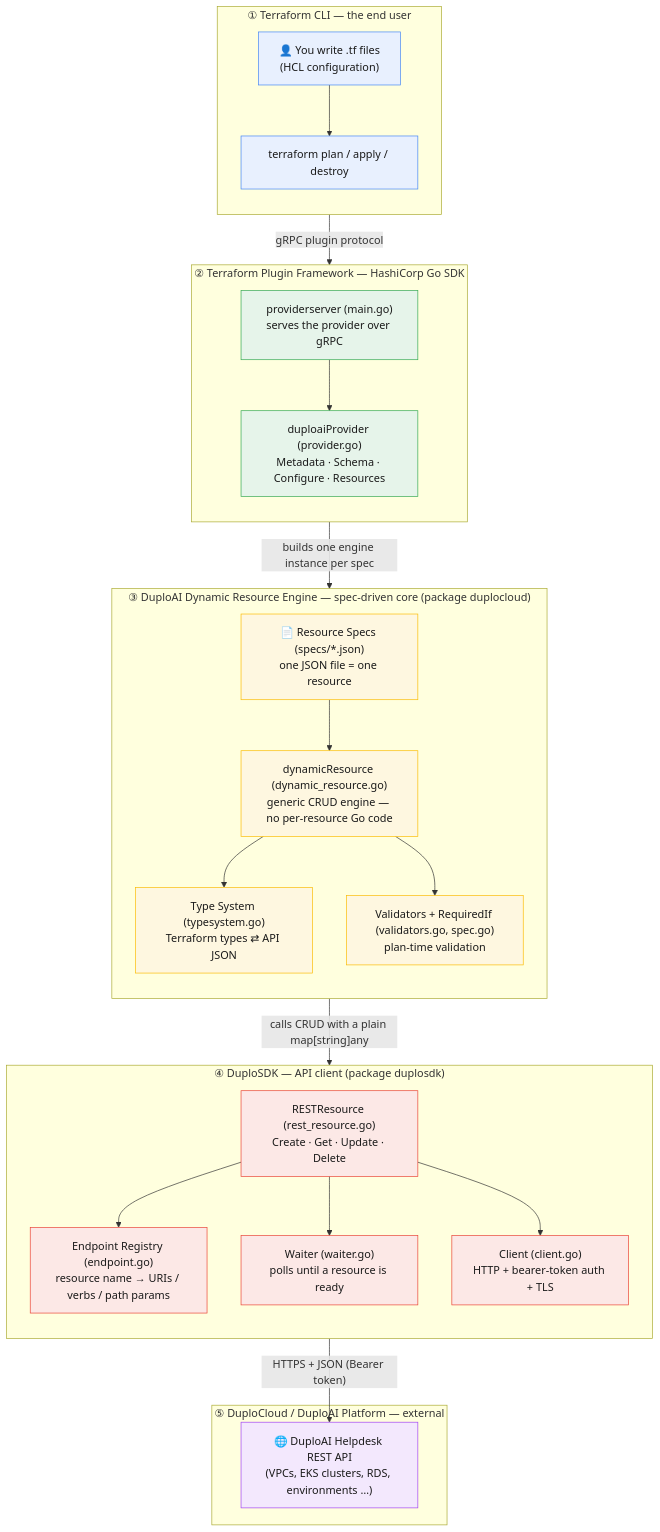
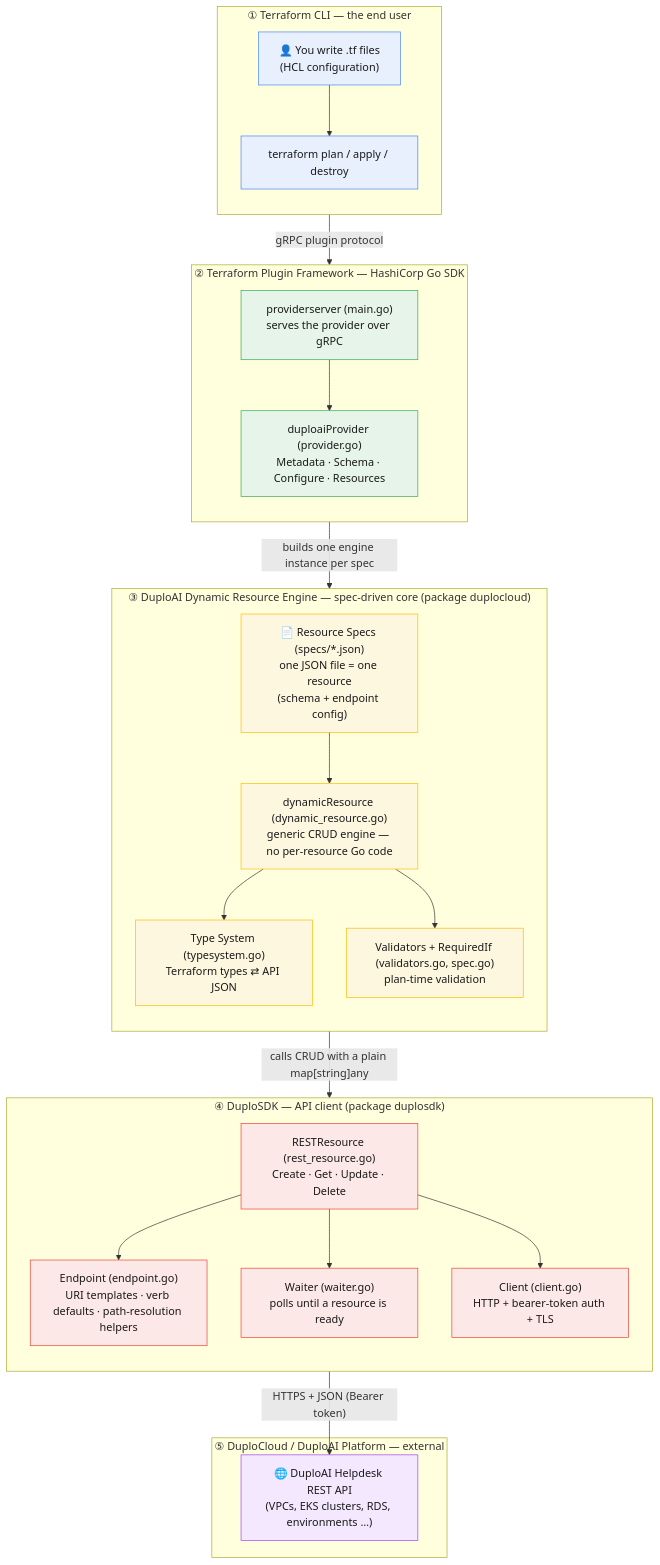
One commit to duplocloud/terraform-provider-duploai changed the first of 2 diagrams in docs-internal/architecture.md. Above: the diagram before and after it, drawn with Mermaid. The commit also changed other lines of this file and 2 other files, not shown here.

````diff
--- a/docs-internal/architecture.md
+++ b/docs-internal/architecture.md
@@ -20,59 +20,59 @@
 ```mermaid
 flowchart TD
     subgraph L1["① Terraform CLI  —  the end user"]
         direction TB
         U["👤 You write .tf files<br/>(HCL configuration)"]
         CLI["terraform plan / apply / destroy"]
         U --> CLI
     end
 
     subgraph L2["② Terraform Plugin Framework  —  HashiCorp Go SDK"]
         direction TB
         PS["providerserver (main.go)<br/>serves the provider over gRPC"]
         PROV["duploaiProvider (provider.go)<br/>Metadata · Schema · Configure · Resources"]
         PS --> PROV
     end
 
     subgraph L3["③ DuploAI Dynamic Resource Engine  —  spec-driven core (package duplocloud)"]
         direction TB
-        SPEC["📄 Resource Specs (specs/*.json)<br/>one JSON file = one resource"]
+        SPEC["📄 Resource Specs (specs/*.json)<br/>one JSON file = one resource<br/>(schema + endpoint config)"]
         ENGINE["dynamicResource (dynamic_resource.go)<br/>generic CRUD engine — no per-resource Go code"]
         TYPES["Type System (typesystem.go)<br/>Terraform types ⇄ API JSON"]
         VALID["Validators + RequiredIf (validators.go, spec.go)<br/>plan-time validation"]
         SPEC --> ENGINE
         ENGINE --> TYPES
         ENGINE --> VALID
     end
 
     subgraph L4["④ DuploSDK  —  API client (package duplosdk)"]
         direction TB
         REST["RESTResource (rest_resource.go)<br/>Create · Get · Update · Delete"]
-        EP["Endpoint Registry (endpoint.go)<br/>resource name → URIs / verbs / path params"]
+        EP["Endpoint (endpoint.go)<br/>URI templates · verb defaults · path-resolution helpers"]
         WAIT["Waiter (waiter.go)<br/>polls until a resource is ready"]
         HTTP["Client (client.go)<br/>HTTP + bearer-token auth + TLS"]
         REST --> EP
         REST --> WAIT
         REST --> HTTP
     end
 
     subgraph L5["⑤ DuploCloud / DuploAI Platform  —  external"]
         API["🌐 DuploAI Helpdesk REST API<br/>(VPCs, EKS clusters, RDS, environments …)"]
     end
 
     CLI -- "gRPC plugin protocol" --> PS
     PROV -- "builds one engine instance per spec" --> ENGINE
     ENGINE -- "calls CRUD with a plain map[string]any" --> REST
     HTTP -- "HTTPS + JSON (Bearer token)" --> API
 
     classDef user fill:#e8f0fe,stroke:#4285f4,color:#1a1a1a;
     classDef sdk fill:#e6f4ea,stroke:#34a853,color:#1a1a1a;
     classDef engine fill:#fef7e0,stroke:#fbbc04,color:#1a1a1a;
     classDef client fill:#fce8e6,stroke:#ea4335,color:#1a1a1a;
     classDef ext fill:#f3e8fd,stroke:#a142f4,color:#1a1a1a;
 
     class U,CLI user;
     class PS,PROV sdk;
     class SPEC,ENGINE,TYPES,VALID engine;
     class REST,EP,WAIT,HTTP client;
     class API ext;
 ```
````
